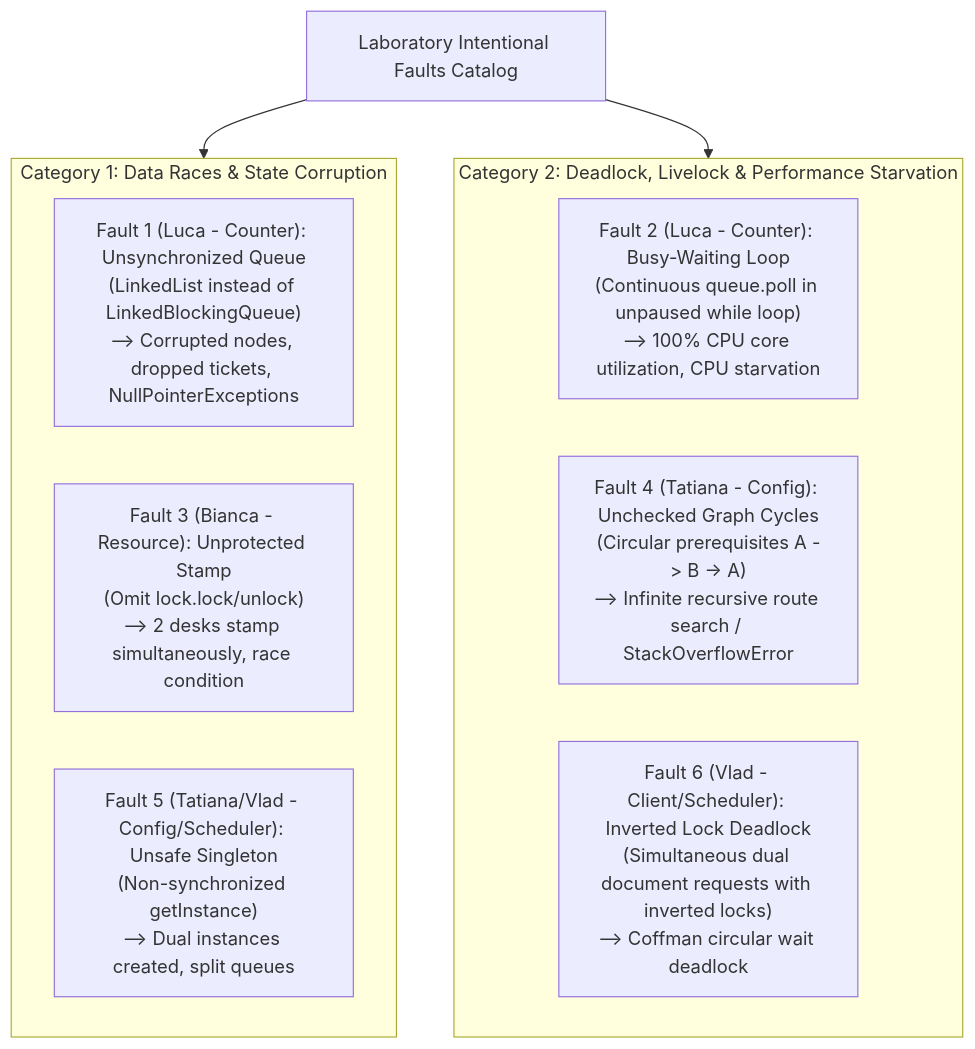
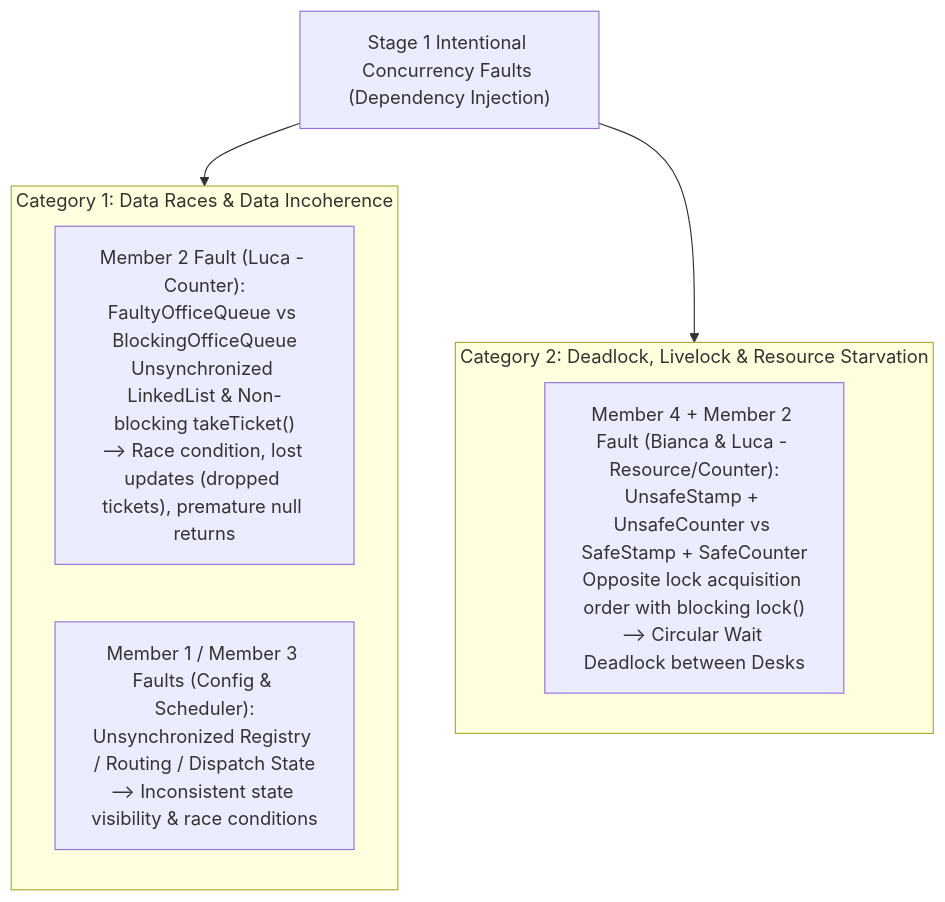
One commit to SovietskySoldatie/FacultyProject-CEBP changed the ninth of 10 diagrams in reqs/reqs.md. Above: the diagram before and after it, drawn with Mermaid. The commit also changed other lines of this file, not shown here.

Commit message:
docs(reqs): update architecture, DI class diagrams, and fault specifications

````diff
--- a/reqs/reqs.md
+++ b/reqs/reqs.md
@@ -332,19 +407,16 @@
 ```mermaid
 flowchart TD
-    Faults["Laboratory Intentional Faults Catalog"]
+    Faults["Stage 1 Intentional Concurrency Faults (Dependency Injection)"]
 
-    subgraph Cat1["Category 1: Data Races & State Corruption"]
-        F1["Fault 1 (Luca - Counter): Unsynchronized Queue\n(LinkedList instead of LinkedBlockingQueue)\n--> Corrupted nodes, dropped tickets, NullPointerExceptions"]
-        F3["Fault 3 (Bianca - Resource): Unprotected Stamp\n(Omit lock.lock/unlock)\n--> 2 desks stamp simultaneously, race condition"]
-        F5["Fault 5 (Tatiana/Vlad - Config/Scheduler): Unsafe Singleton\n(Non-synchronized getInstance)\n--> Dual instances created, split queues"]
+    subgraph Cat1["Category 1: Data Races & Data Incoherence"]
+        F1["Member 2 Fault (Luca - Counter):\nFaultyOfficeQueue vs BlockingOfficeQueue\nUnsynchronized LinkedList & Non-blocking takeTicket()\n--> Race condition, lost updates (dropped tickets), premature null returns"]
+        F2["Member 1 / Member 3 Faults (Config & Scheduler):\nUnsynchronized Registry / Routing / Dispatch State\n--> Inconsistent state visibility & race conditions"]
     end
 
-    subgraph Cat2["Category 2: Deadlock, Livelock & Performance Starvation"]
-        F2["Fault 2 (Luca - Counter): Busy-Waiting Loop\n(Continuous queue.poll in unpaused while loop)\n--> 100% CPU core utilization, CPU starvation"]
-        F4["Fault 4 (Tatiana - Config): Unchecked Graph Cycles\n(Circular prerequisites A -> B -> A)\n--> Infinite recursive route search / StackOverflowError"]
-        F6["Fault 6 (Vlad - Client/Scheduler): Inverted Lock Deadlock\n(Simultaneous dual document requests with inverted locks)\n--> Coffman circular wait deadlock"]
+    subgraph Cat2["Category 2: Deadlock, Livelock & Resource Starvation"]
+        F3["Member 4 + Member 2 Fault (Bianca & Luca - Resource/Counter):\nUnsafeStamp + UnsafeCounter vs SafeStamp + SafeCounter\nOpposite lock acquisition order with blocking lock()\n--> Circular Wait Deadlock between Desks"]
     end
 
     Faults --> Cat1
     Faults --> Cat2
 ```
````
